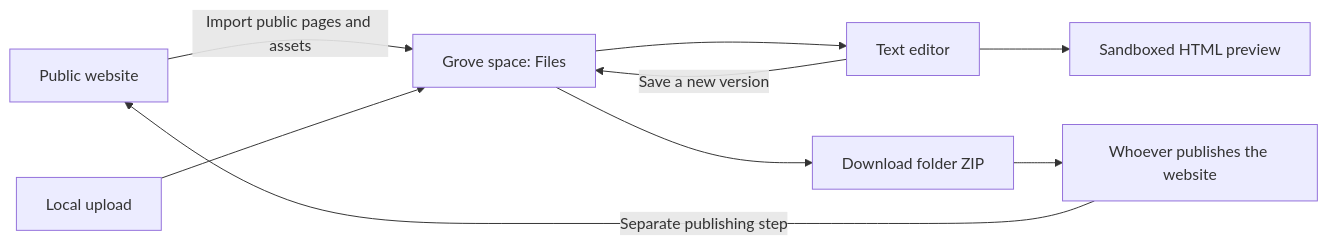
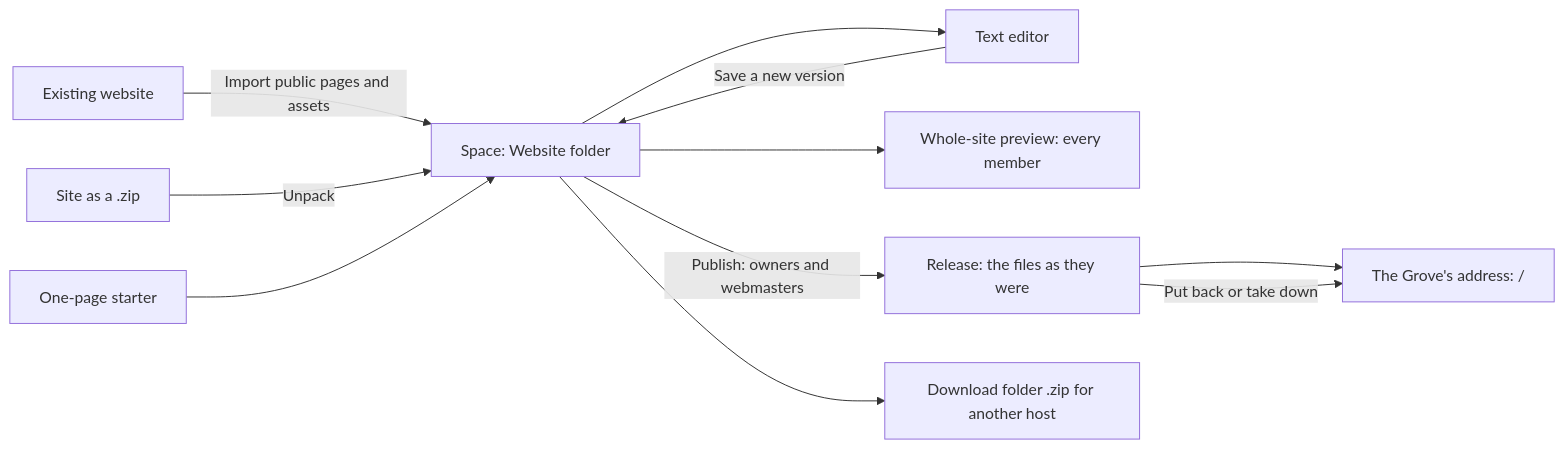
The first of 4 diagrams in docs/MANUAL.md (Arynwood-Technology/arynwood-community), drawn with Mermaid before and after one commit. The commit also changed other lines of this file and 47 other files, not shown here.

````diff
--- a/docs/MANUAL.md
+++ b/docs/MANUAL.md
@@ -168,11 +240,13 @@
 ```mermaid
 flowchart LR
-  Public[Public website] -->|Import public pages and assets| Files[Grove space: Files]
-  Upload[Local upload] --> Files
+  Public[Existing website] -->|Import public pages and assets| Files[Space: Website folder]
+  Zip[Site as a .zip] -->|Unpack| Files
+  Starter[One-page starter] --> Files
   Files --> Edit[Text editor]
   Edit -->|Save a new version| Files
-  Edit --> Preview[Sandboxed HTML preview]
-  Files --> Zip[Download folder ZIP]
-  Zip --> Publisher[Whoever publishes the website]
-  Publisher -->|Separate publishing step| Public
+  Files --> Preview[Whole-site preview: every member]
+  Files -->|Publish: owners and webmasters| Release[Release: the files as they were]
+  Release --> Live[The Grove's address: /]
+  Release -->|Put back or take down| Live
+  Files --> Download[Download folder .zip for another host]
 ```
````
